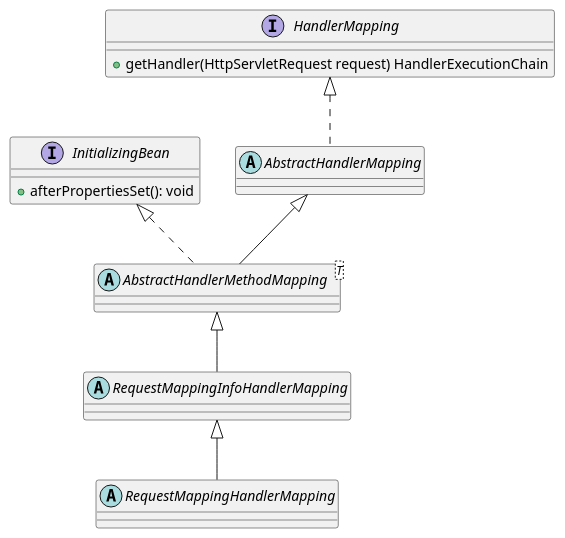
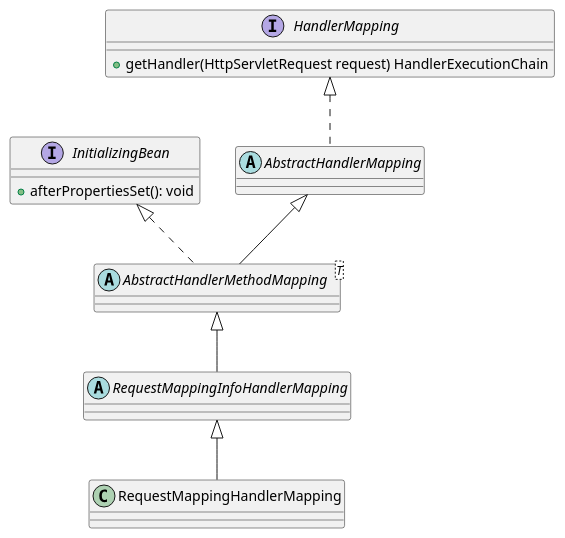
The first of 2 diagrams in source/_posts/spring/Spring源码分析Controller的注册.md (iochenlei/Throwable), drawn with PlantUML before and after one commit. The commit also changed 2 other files, not shown here.

```diff
--- a/source/_posts/spring/Spring源码分析Controller的注册.md
+++ b/source/_posts/spring/Spring源码分析Controller的注册.md
@@ -43,24 +43,24 @@
 {% plantuml %}
 @startuml
 interface InitializingBean {
     + afterPropertiesSet(): void
 }
 
 interface HandlerMapping {
 	+ getHandler(HttpServletRequest request) HandlerExecutionChain
 }
 
 abstract class AbstractHandlerMapping implements HandlerMapping {
 }
 
 abstract class AbstractHandlerMethodMapping<T> extends AbstractHandlerMapping implements InitializingBean {
 }
 
 abstract class RequestMappingInfoHandlerMapping extends AbstractHandlerMethodMapping {
 }
 
-abstract class RequestMappingHandlerMapping extends RequestMappingInfoHandlerMapping {
+class RequestMappingHandlerMapping extends RequestMappingInfoHandlerMapping {
 }
 
 @enduml
 {% endplantuml %}
```
